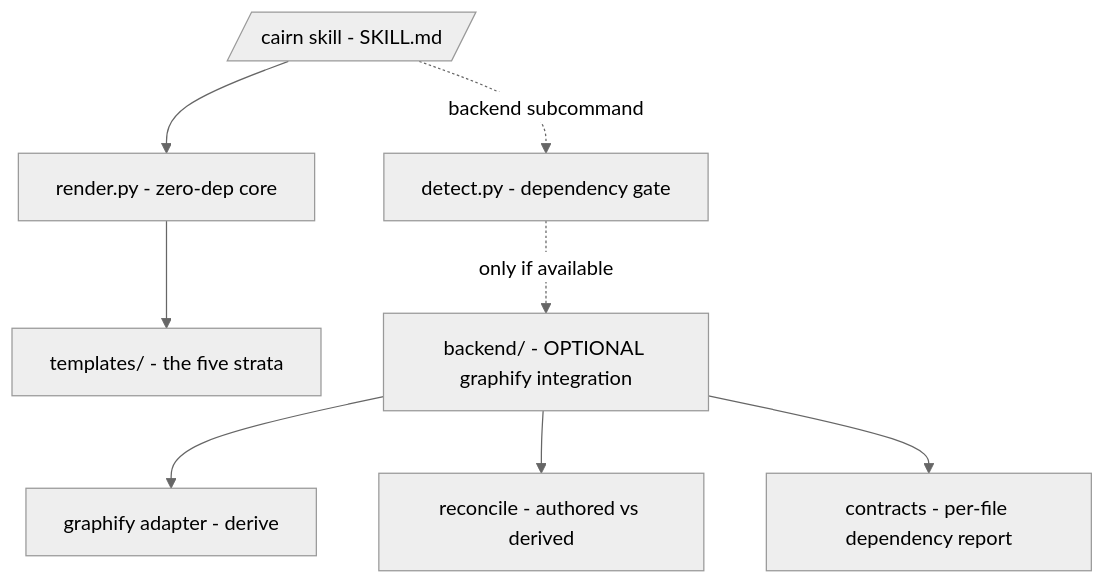
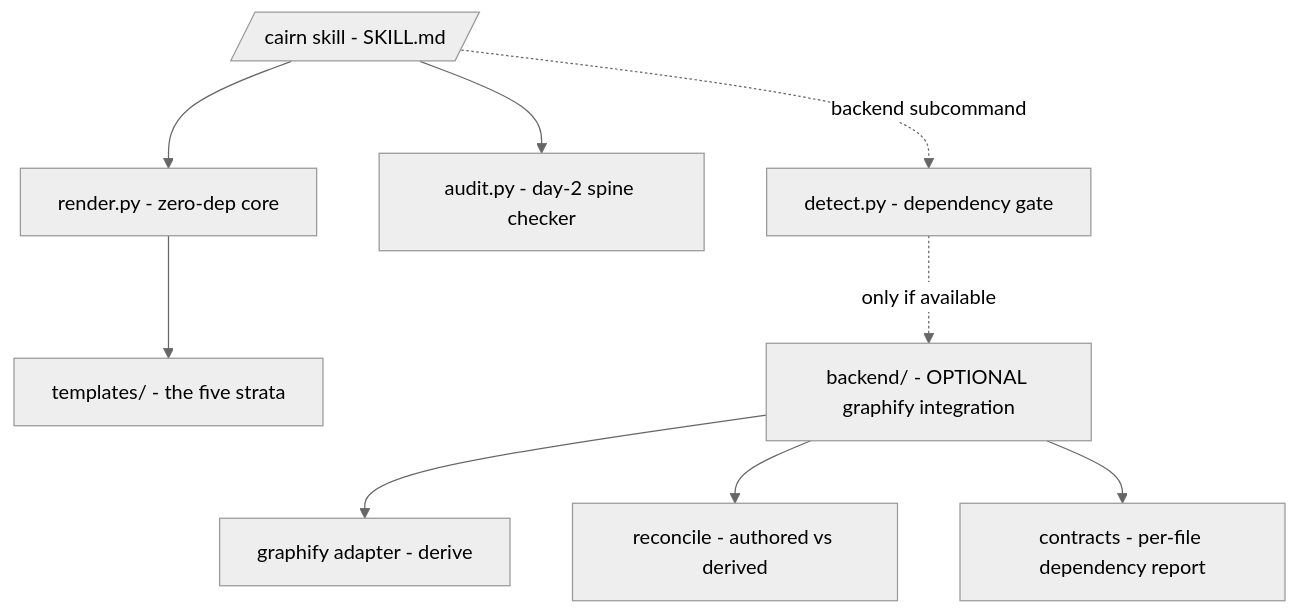
Before and after one commit to JJandDjango/cairn: the diagram in MAP.md, drawn with Mermaid (neutral theme). The commit also changed other lines of this file and 12 other files, not shown here.

````diff
--- a/MAP.md
+++ b/MAP.md
@@ -7,10 +7,11 @@
 ```mermaid
 flowchart TD
     U[/cairn skill - SKILL.md/] --> R[render.py - zero-dep core]
     R --> T[templates/ - the five strata]
+    U --> A[audit.py - day-2 spine checker]
     U -. backend subcommand .-> D[detect.py - dependency gate]
     D -. only if available .-> B[backend/ - OPTIONAL graphify integration]
     B --> G[graphify adapter - derive]
     B --> RC[reconcile - authored vs derived]
     B --> C[contracts - per-file dependency report]
 ```
````
